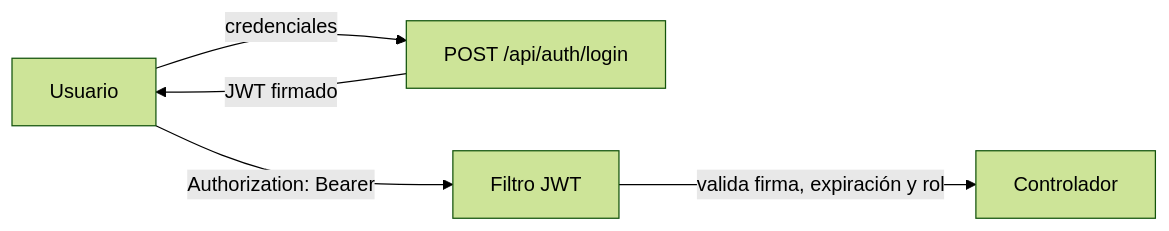
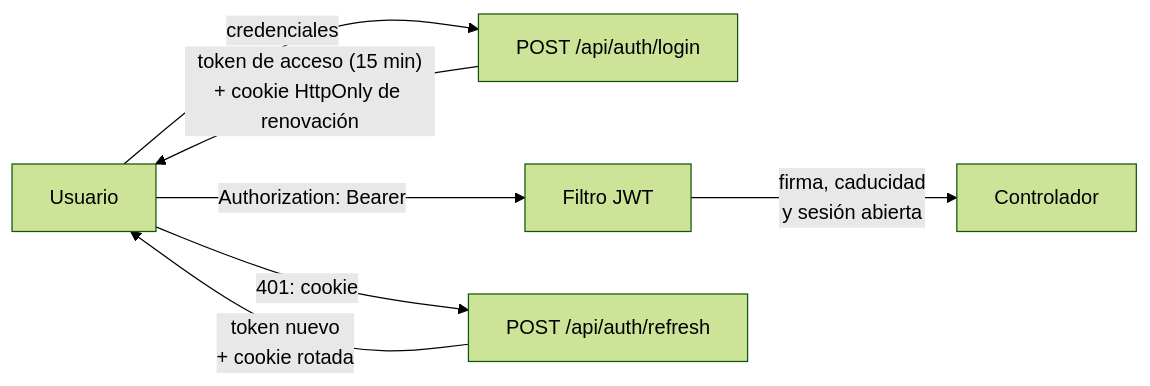
The diagram in docs/seguridad.md (juanparejog/BarHub2.0), drawn with Mermaid (forest theme) before and after one commit. The commit also changed other lines of this file and 28 other files, not shown here.

Commit message:
2.1: sesiones con token de acceso corto

````diff
--- a/docs/seguridad.md
+++ b/docs/seguridad.md
@@ -38,7 +38,9 @@
 ```mermaid
 flowchart LR
     U[Usuario] -- credenciales --> L["POST /api/auth/login"]
-    L -- JWT firmado --> U
+    L -- "token de acceso (15 min)<br/>+ cookie HttpOnly de renovación" --> U
     U -- "Authorization: Bearer" --> F[Filtro JWT]
-    F -- valida firma, expiración y rol --> C[Controlador]
+    F -- "firma, caducidad<br/>y sesión abierta" --> C[Controlador]
+    U -- "401: cookie" --> R["POST /api/auth/refresh"]
+    R -- "token nuevo<br/>+ cookie rotada" --> U
 ```
````
